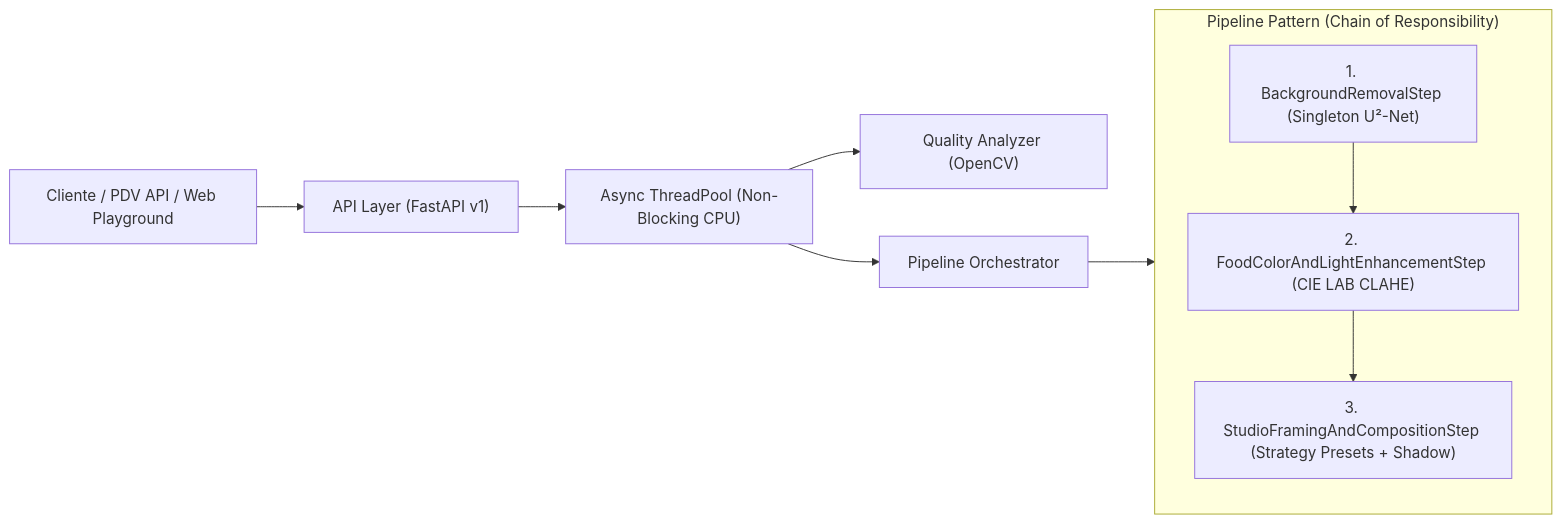
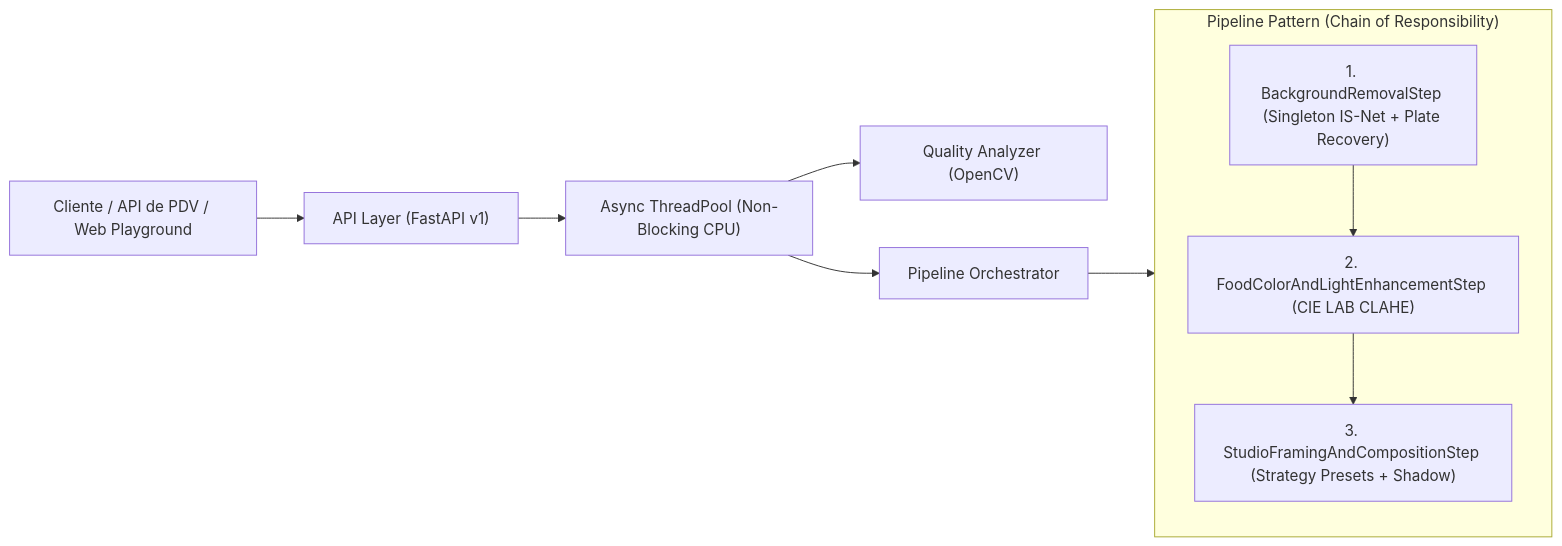
The diagram in README.md (ViniciusCrispim/jet-food-studio-ai-api), drawn with Mermaid before and after one commit. The commit also changed other lines of this file and 2 other files, not shown here.

````diff
--- a/README.md
+++ b/README.md
@@ -37,16 +37,16 @@
 ```mermaid
 flowchart LR
-    Client["Cliente / PDV API / Web Playground"] --> Router["API Layer (FastAPI v1)"]
+    Client["Cliente / API de PDV / Web Playground"] --> Router["API Layer (FastAPI v1)"]
     Router --> Pool["Async ThreadPool (Non-Blocking CPU)"]
     Pool --> Analyzer["Quality Analyzer (OpenCV)"]
     Pool --> Orchestrator["Pipeline Orchestrator"]
 
     subgraph Pipeline ["Pipeline Pattern (Chain of Responsibility)"]
-        S1["1. BackgroundRemovalStep (Singleton U²-Net)"]
+        S1["1. BackgroundRemovalStep (Singleton IS-Net + Plate Recovery)"]
         S2["2. FoodColorAndLightEnhancementStep (CIE LAB CLAHE)"]
         S3["3. StudioFramingAndCompositionStep (Strategy Presets + Shadow)"]
         S1 --> S2 --> S3
     end
 
     Orchestrator --> Pipeline
 ```
````
